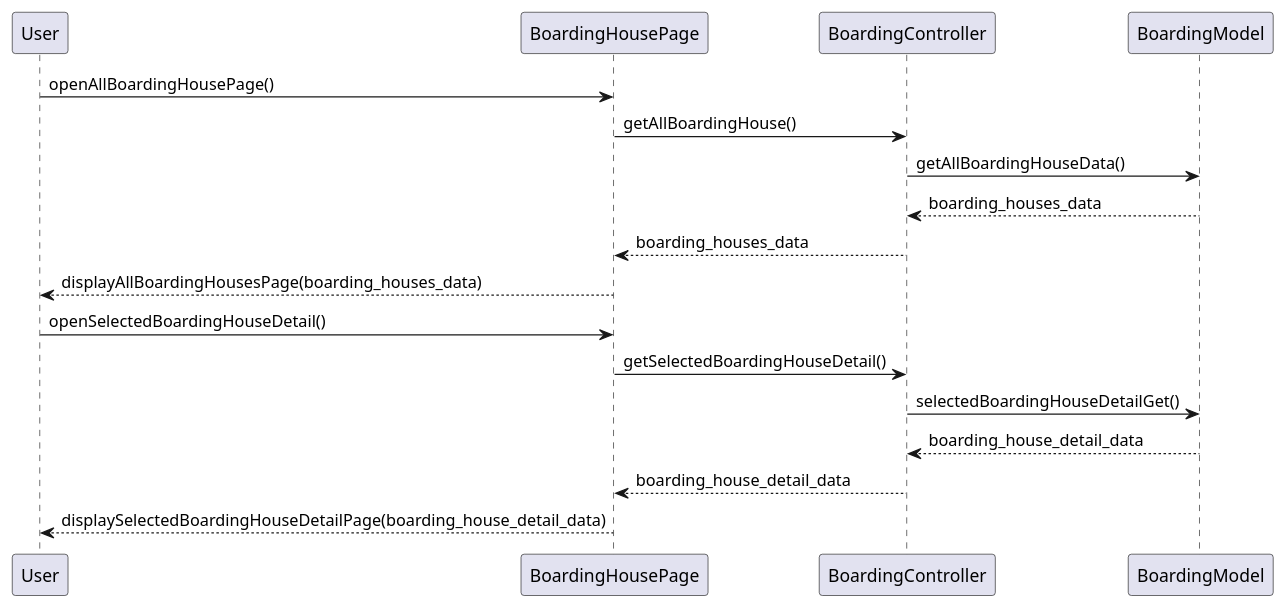
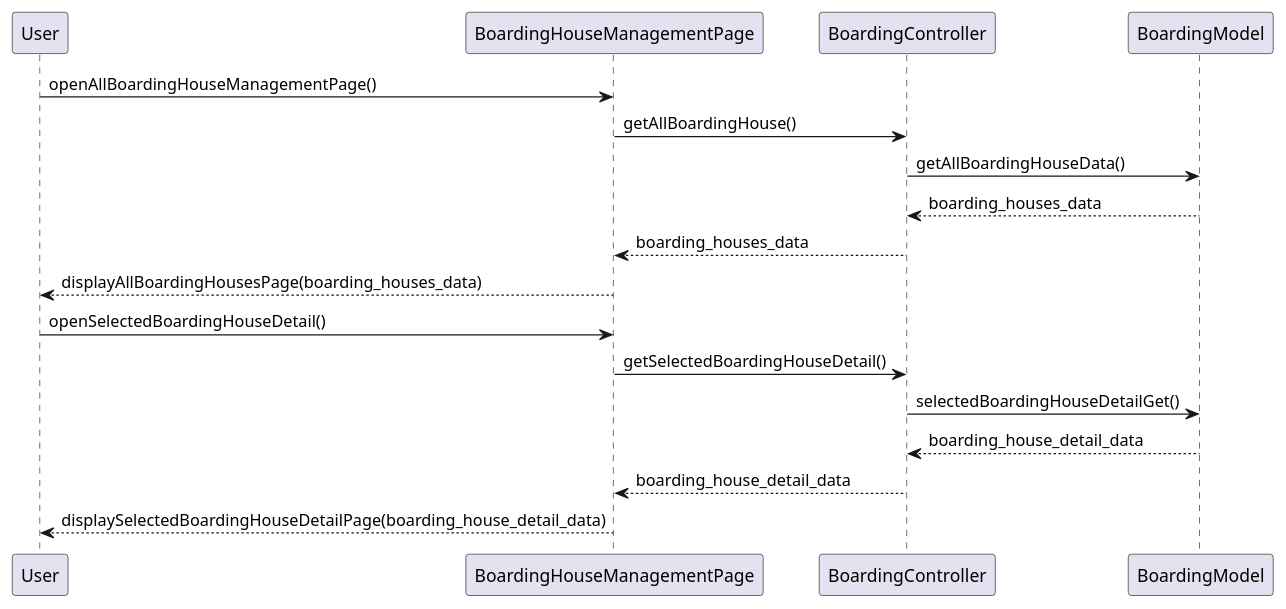
The diagram in Design/BHFMS_SEQUENCE/View Boarding House Detail.puml (AntWort21/BHFMS), drawn with PlantUML before and after one commit. The commit also changed 8 other files, not shown here.

```diff
--- a/Design/BHFMS_SEQUENCE/View Boarding House Detail.puml
+++ b/Design/BHFMS_SEQUENCE/View Boarding House Detail.puml
@@ -1,17 +1,17 @@
 @startuml
 
-User -> BoardingHousePage: openAllBoardingHousePage()
-BoardingHousePage -> BoardingController: getAllBoardingHouse()
+User -> BoardingHouseManagementPage: openAllBoardingHouseManagementPage()
+BoardingHouseManagementPage -> BoardingController: getAllBoardingHouse()
 BoardingController -> BoardingModel: getAllBoardingHouseData()
 BoardingController <-- BoardingModel: boarding_houses_data
-BoardingHousePage <-- BoardingController: boarding_houses_data
-User <-- BoardingHousePage: displayAllBoardingHousesPage(boarding_houses_data)
+BoardingHouseManagementPage <-- BoardingController: boarding_houses_data
+User <-- BoardingHouseManagementPage: displayAllBoardingHousesPage(boarding_houses_data)
 
-User -> BoardingHousePage: openSelectedBoardingHouseDetail()
-BoardingHousePage -> BoardingController: getSelectedBoardingHouseDetail()
+User -> BoardingHouseManagementPage: openSelectedBoardingHouseDetail()
+BoardingHouseManagementPage -> BoardingController: getSelectedBoardingHouseDetail()
 BoardingController -> BoardingModel: selectedBoardingHouseDetailGet()
 BoardingController <-- BoardingModel: boarding_house_detail_data
-BoardingHousePage <-- BoardingController: boarding_house_detail_data
-User <-- BoardingHousePage: displaySelectedBoardingHouseDetailPage(boarding_house_detail_data)
+BoardingHouseManagementPage <-- BoardingController: boarding_house_detail_data
+User <-- BoardingHouseManagementPage: displaySelectedBoardingHouseDetailPage(boarding_house_detail_data)
 
 @enduml
```
